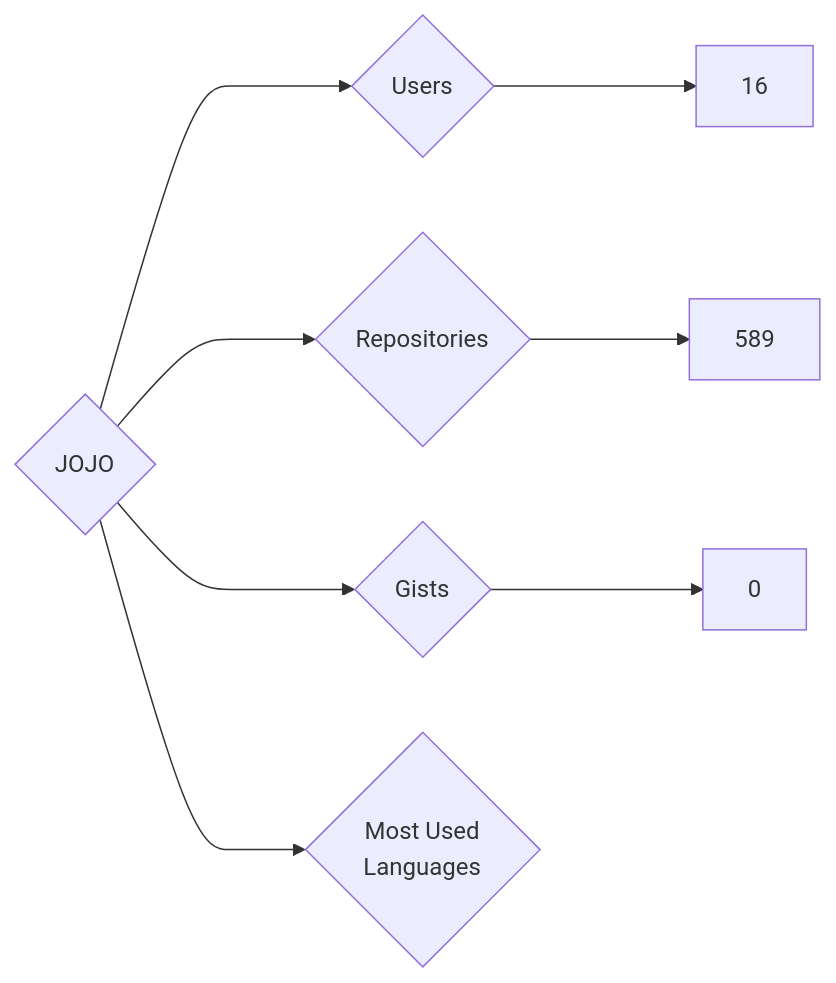
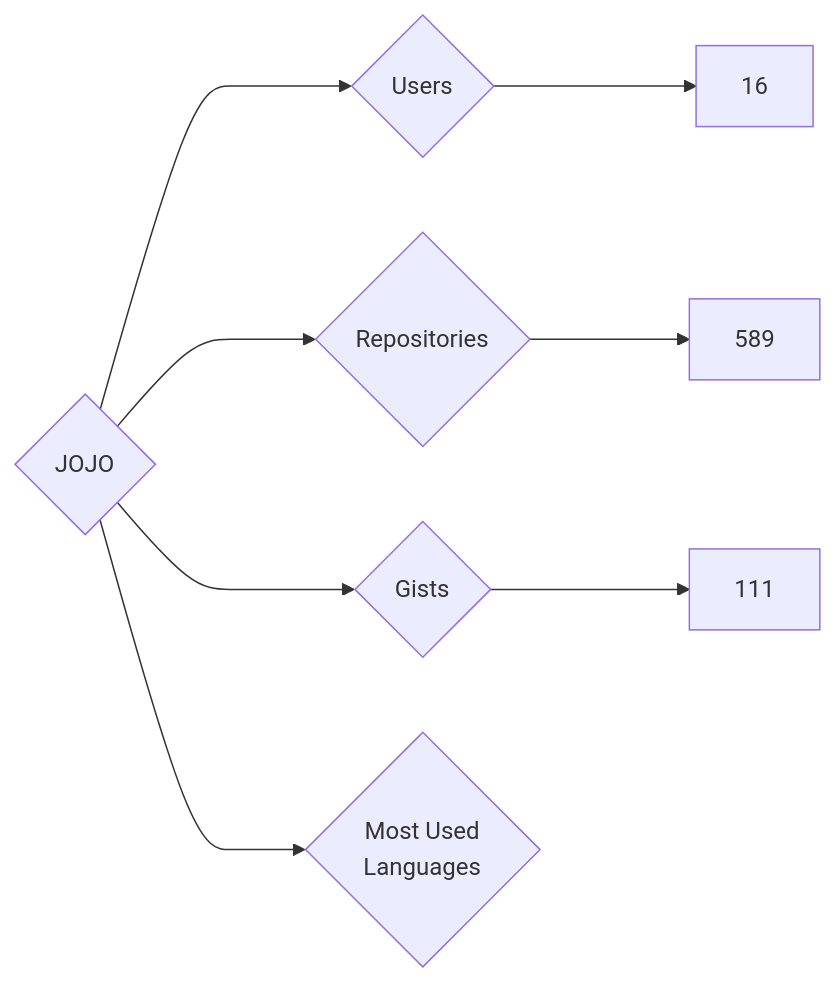
Before and after one commit to nenadzaric/insiders: the diagram in targets/JOJO/README.md, drawn with Mermaid. The commit also changed 1342 other files, not shown here.

````diff
--- a/targets/JOJO/README.md
+++ b/targets/JOJO/README.md
@@ -3,8 +3,8 @@
 ```mermaid
 graph LR
 COMPANY_NAME{JOJO}
 COMPANY_NAME ---> U{Users} ---> UN[16]
 COMPANY_NAME ---> R{Repositories} ---> RN[589]
-COMPANY_NAME ---> G{Gists} ---> GN[0]
+COMPANY_NAME ---> G{Gists} ---> GN[111]
 COMPANY_NAME ---> ML{Most Used<br>Languages}
 ```
````
